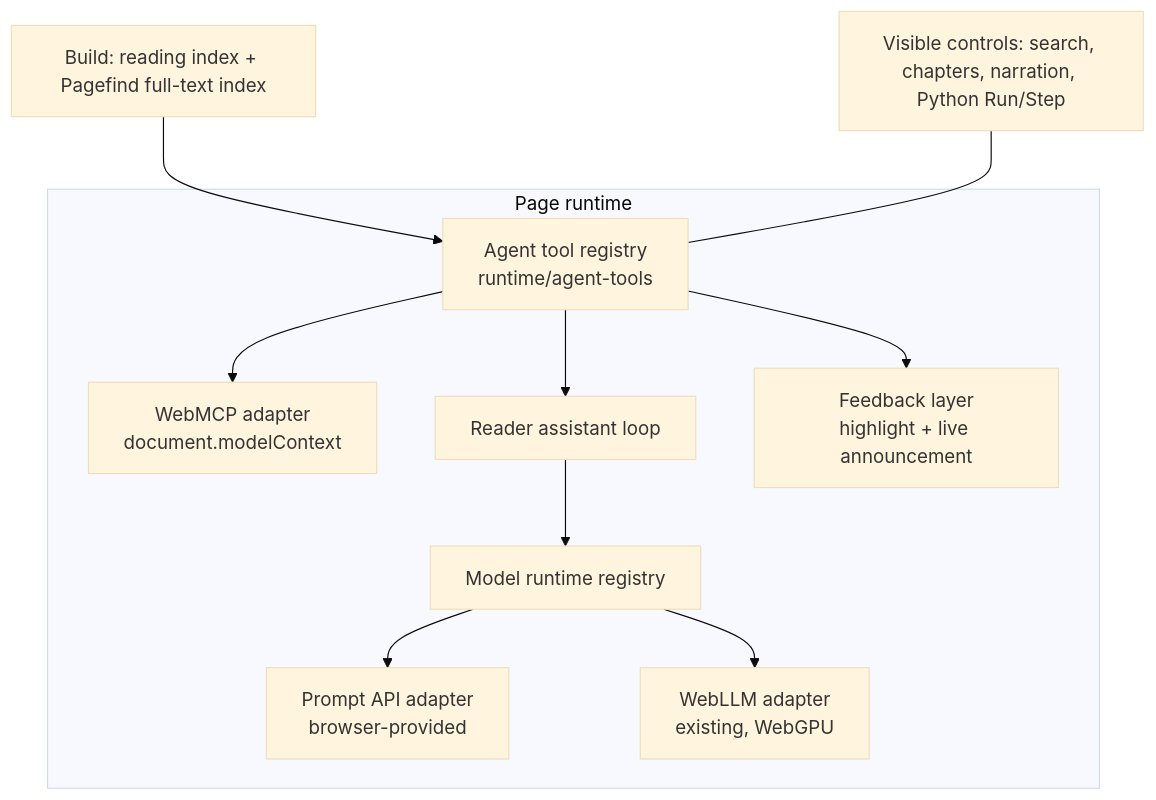
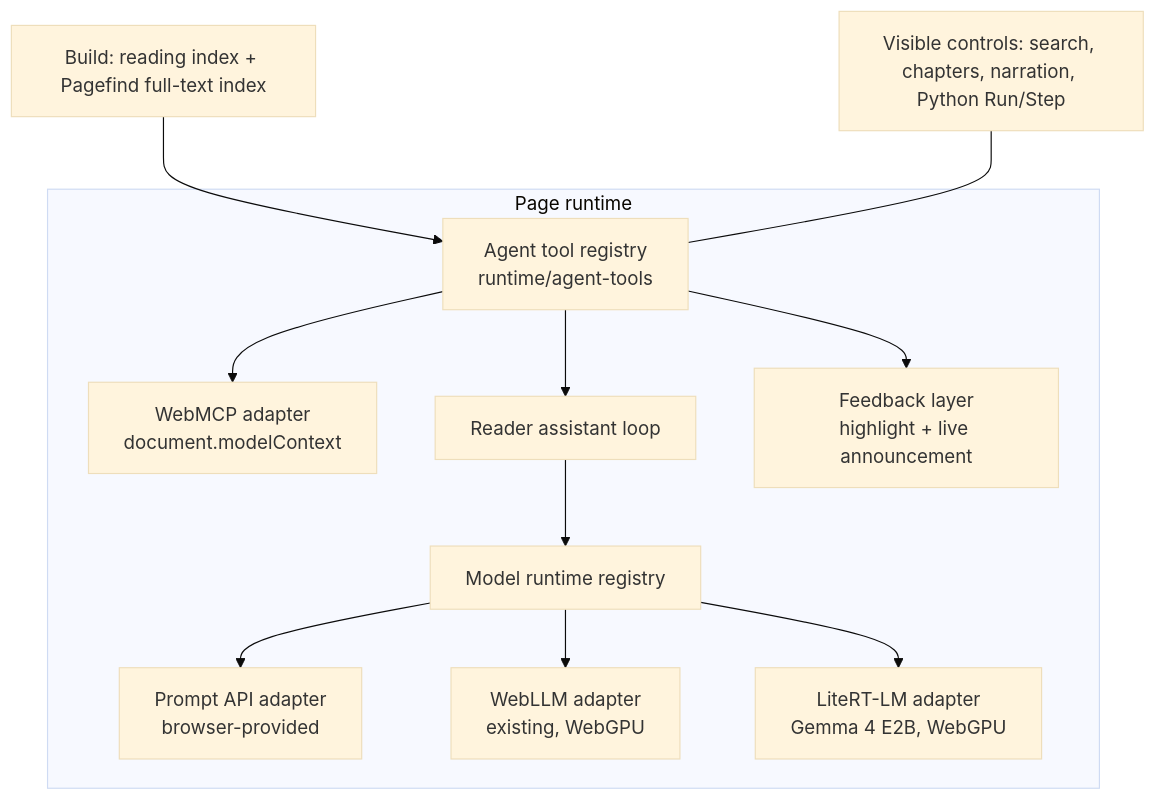
Before and after one commit to danilop/danilop-personal-page: the diagram in docs/agent-and-browser-ai-plan.md, drawn with Mermaid (base theme). The commit also changed other lines of this file and 2 other files, not shown here.

First line of the commit message:
Choose Gemma 4 E2B on LiteRT-LM for the reader assistant

````diff
--- a/docs/agent-and-browser-ai-plan.md
+++ b/docs/agent-and-browser-ai-plan.md
@@ -74,13 +74,14 @@
 ```mermaid
 flowchart TD
     I[Build: reading index + Pagefind full-text index] --> T
     subgraph Page runtime
       T[Agent tool registry<br/>runtime/agent-tools] --> W[WebMCP adapter<br/>document.modelContext]
       T --> A[Reader assistant loop]
       T --> F[Feedback layer<br/>highlight + live announcement]
       A --> R[Model runtime registry]
       R --> P[Prompt API adapter<br/>browser-provided]
       R --> L[WebLLM adapter<br/>existing, WebGPU]
+      R --> G[LiteRT-LM adapter<br/>Gemma 4 E2B, WebGPU]
     end
     U[Visible controls: search, chapters, narration, Python Run/Step] --- T
 ```
````
